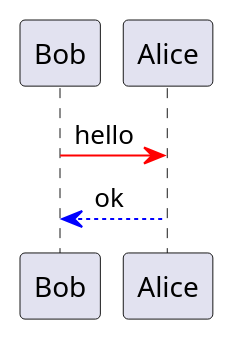
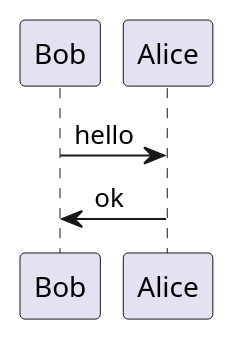
The diagram in makeMyGitHubPage.md (DBheart/doubleheart.github.com), drawn with PlantUML before and after one commit. The commit also changed other lines of this file and 1 other file, not shown here.

```diff
--- a/makeMyGitHubPage.md
+++ b/makeMyGitHubPage.md
@@ -50,4 +60,4 @@
 @startuml
-Bob -[#red]> Alice : hello
-Alice -[#0000FF]->Bob : ok
+Bob -> Alice : hello
+Alice ->Bob : ok
 @enduml
```
